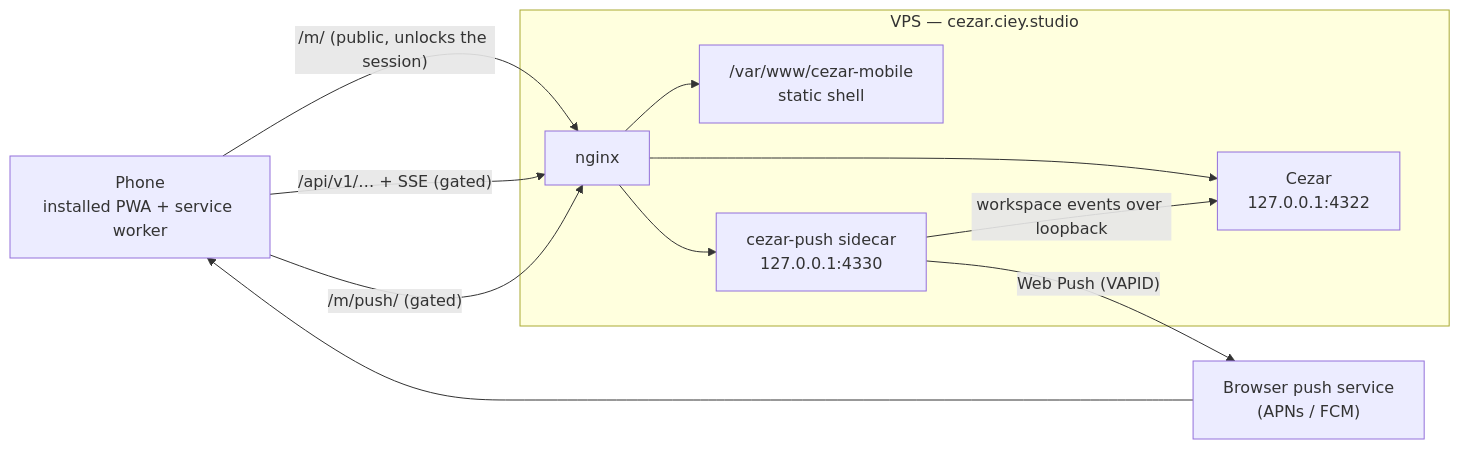
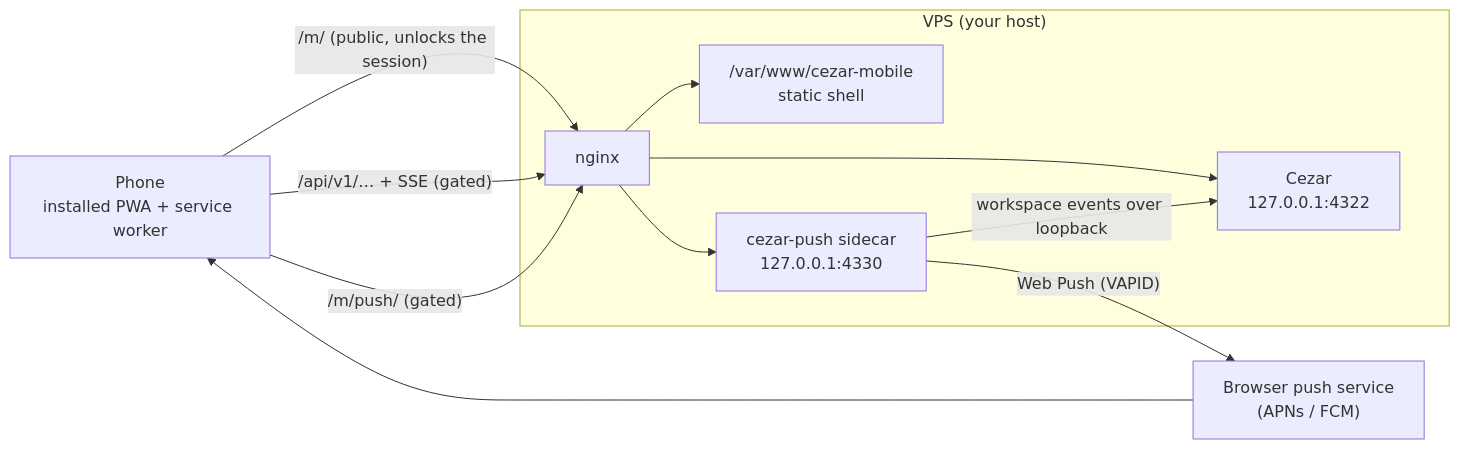
One commit to cieyhomelab/cezar-pwa changed the first of 2 diagrams in README.md. Above: the diagram before and after it, drawn with Mermaid. The commit also changed other lines of this file and 23 other files, not shown here.

````diff
--- a/README.md
+++ b/README.md
@@ -20,23 +24,23 @@
 ```mermaid
 flowchart LR
   phone["Phone<br/>installed PWA + service worker"]
 
-  subgraph vps["VPS — cezar.ciey.studio"]
+  subgraph vps["VPS (your host)"]
     nginx["nginx"]
     shell["/var/www/cezar-mobile<br/>static shell"]
     cezar["Cezar<br/>127.0.0.1:4322"]
     push["cezar-push sidecar<br/>127.0.0.1:4330"]
   end
 
   pushsvc["Browser push service<br/>(APNs / FCM)"]
 
   phone -- "/m/ (public, unlocks the session)" --> nginx
   phone -- "/api/v1/… + SSE (gated)" --> nginx
   phone -- "/m/push/ (gated)" --> nginx
   nginx --> shell
   nginx --> cezar
   nginx --> push
   push -- "workspace events over loopback" --> cezar
   push -- "Web Push (VAPID)" --> pushsvc
   pushsvc --> phone
 ```
````
